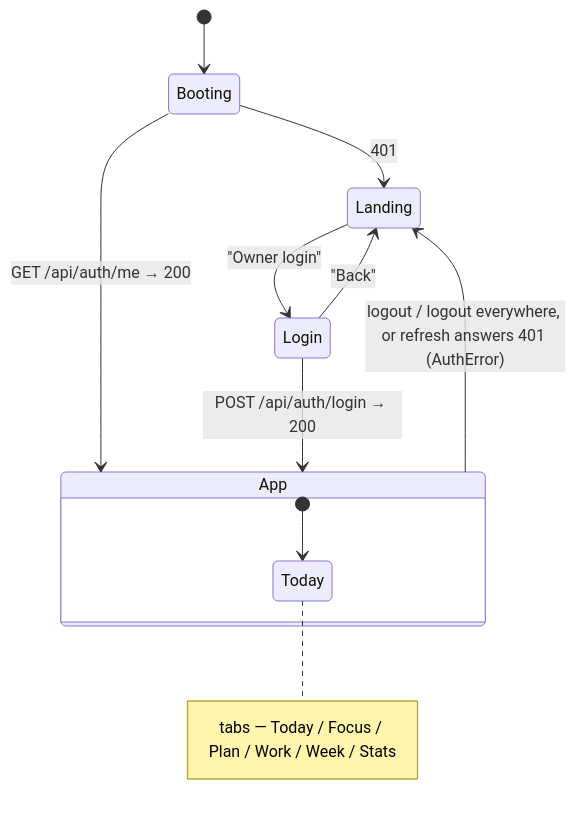
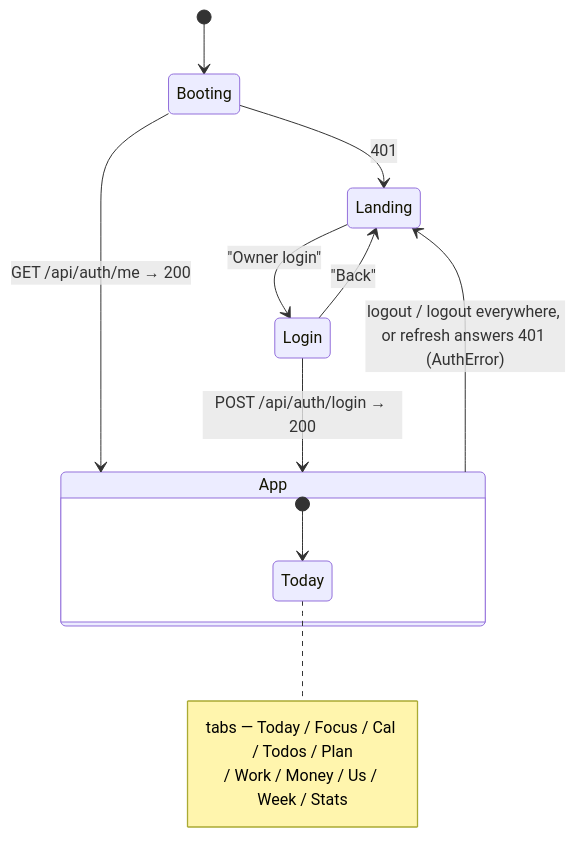
One commit to caseythecoder90/grindtrack changed the first of 2 diagrams in gt2/docs/frontend.md. Above: the diagram before and after it, drawn with Mermaid. The commit also changed other lines of this file and 18 other files, not shown here.

````diff
--- a/gt2/docs/frontend.md
+++ b/gt2/docs/frontend.md
@@ -74,14 +106,17 @@
 ```mermaid
 stateDiagram-v2
     [*] --> Booting
     Booting --> App : GET /api/auth/me → 200
     Booting --> Landing : 401
     Landing --> Login : "Owner login"
     Login --> App : POST /api/auth/login → 200
     Login --> Landing : "Back"
     App --> Landing : logout / logout everywhere, or refresh answers 401 (AuthError)
     state App {
         [*] --> Today
-        note right of Today : tabs — Today / Focus / Plan / Work / Week / Stats
+        note right of Today
+            tabs — Today / Focus / Cal / Todos / Plan
+            / Work / Money / Us / Week / Stats
+        end note
     }
 ```
````
